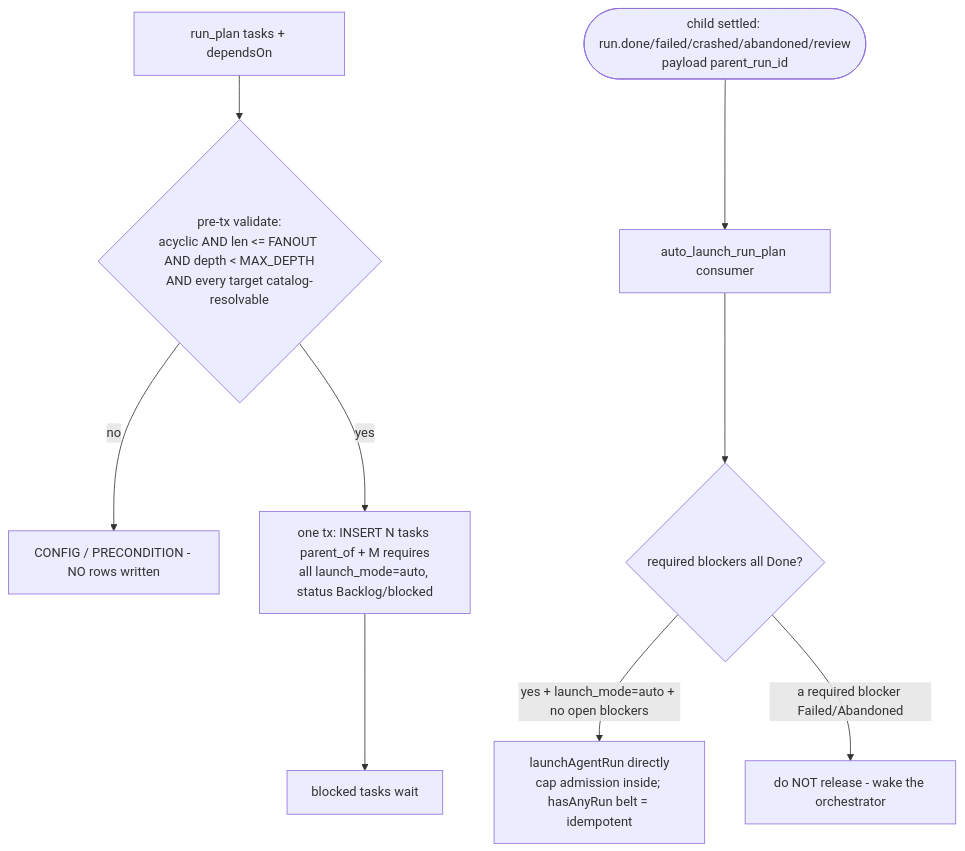
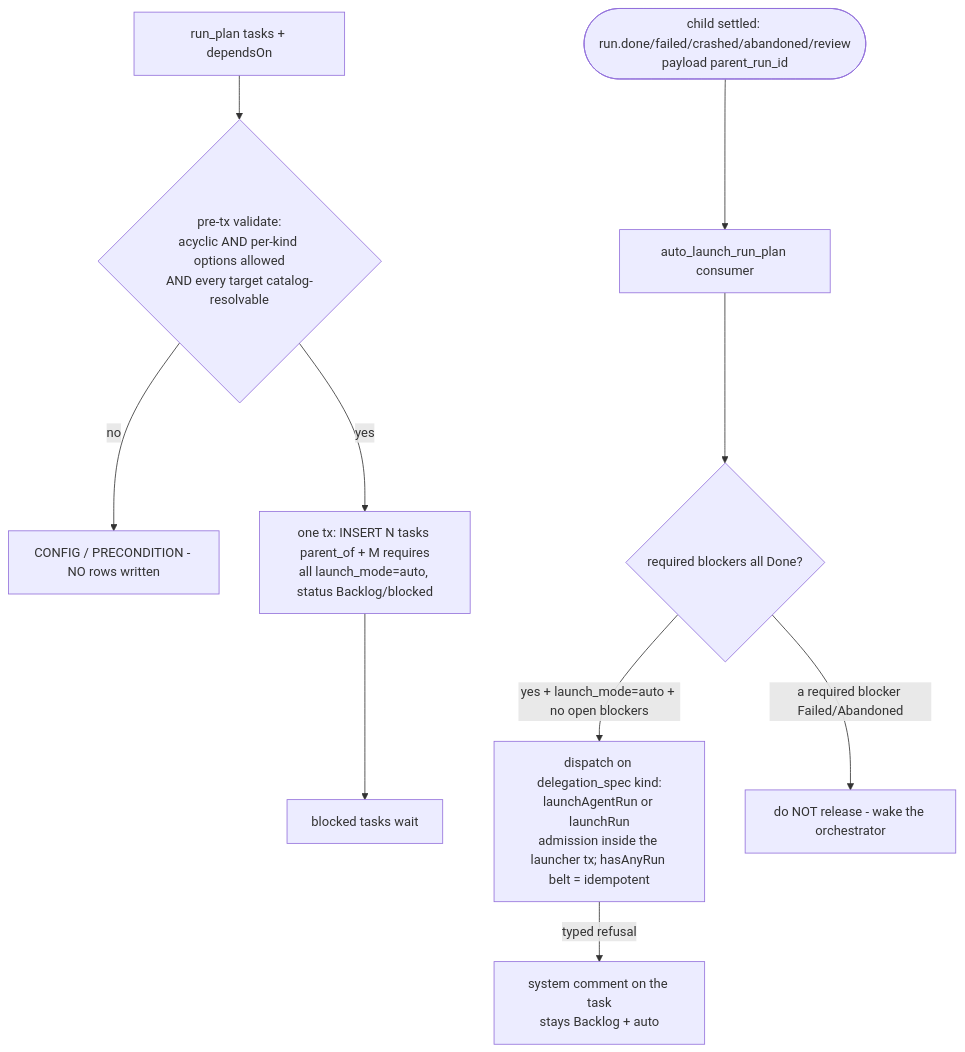
One commit to maister-dev/maister changed the fourth of 9 diagrams in docs/system-analytics/orchestrator.md. Above: the diagram before and after it, drawn with Mermaid. The commit also changed other lines of this file and 17 other files, not shown here.

````diff
--- a/docs/system-analytics/orchestrator.md
+++ b/docs/system-analytics/orchestrator.md
@@ -192,11 +202,12 @@
 ```mermaid
 flowchart TD
-    RP[run_plan tasks + dependsOn] --> V{pre-tx validate:<br/>acyclic AND len &lt;= FANOUT AND depth &lt; MAX_DEPTH<br/>AND every target catalog-resolvable}
+    RP[run_plan tasks + dependsOn] --> V{pre-tx validate:<br/>acyclic AND per-kind options allowed<br/>AND every target catalog-resolvable}
     V -- no --> CFG[CONFIG / PRECONDITION - NO rows written]
     V -- yes --> TX[one tx: INSERT N tasks parent_of + M requires<br/>all launch_mode=auto, status Backlog/blocked]
     TX --> WAIT[blocked tasks wait]
     CT([child settled: run.done/failed/crashed/abandoned/review<br/>payload parent_run_id]) --> AL[auto_launch_run_plan consumer]
     AL --> Q{required blockers all Done?}
-    Q -- yes + launch_mode=auto + no open blockers --> LAU[launchAgentRun directly<br/>cap admission inside; hasAnyRun belt = idempotent]
+    Q -- yes + launch_mode=auto + no open blockers --> LAU[dispatch on delegation_spec kind:<br/>launchAgentRun or launchRun<br/>admission inside the launcher tx; hasAnyRun belt = idempotent]
+    LAU -- typed refusal --> NOTE[system comment on the task<br/>stays Backlog + auto]
     Q -- a required blocker Failed/Abandoned --> WK[do NOT release - wake the orchestrator]
 ```
````
